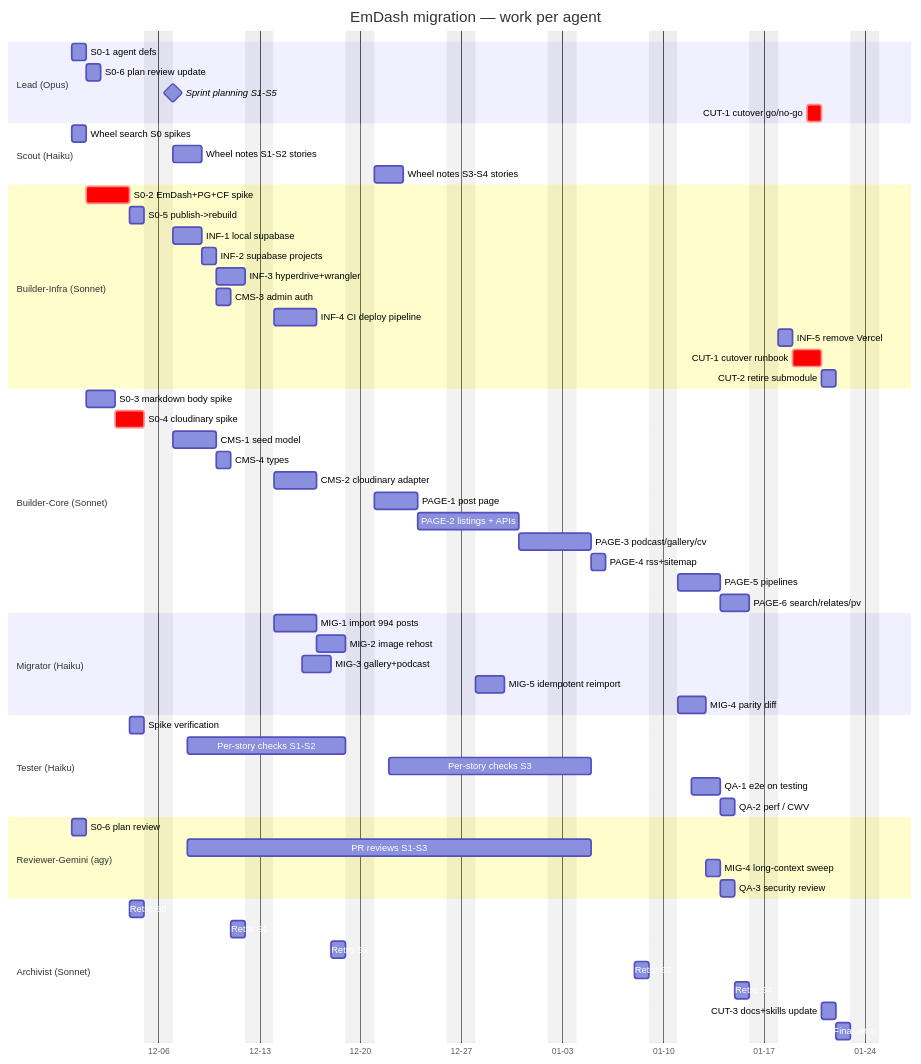
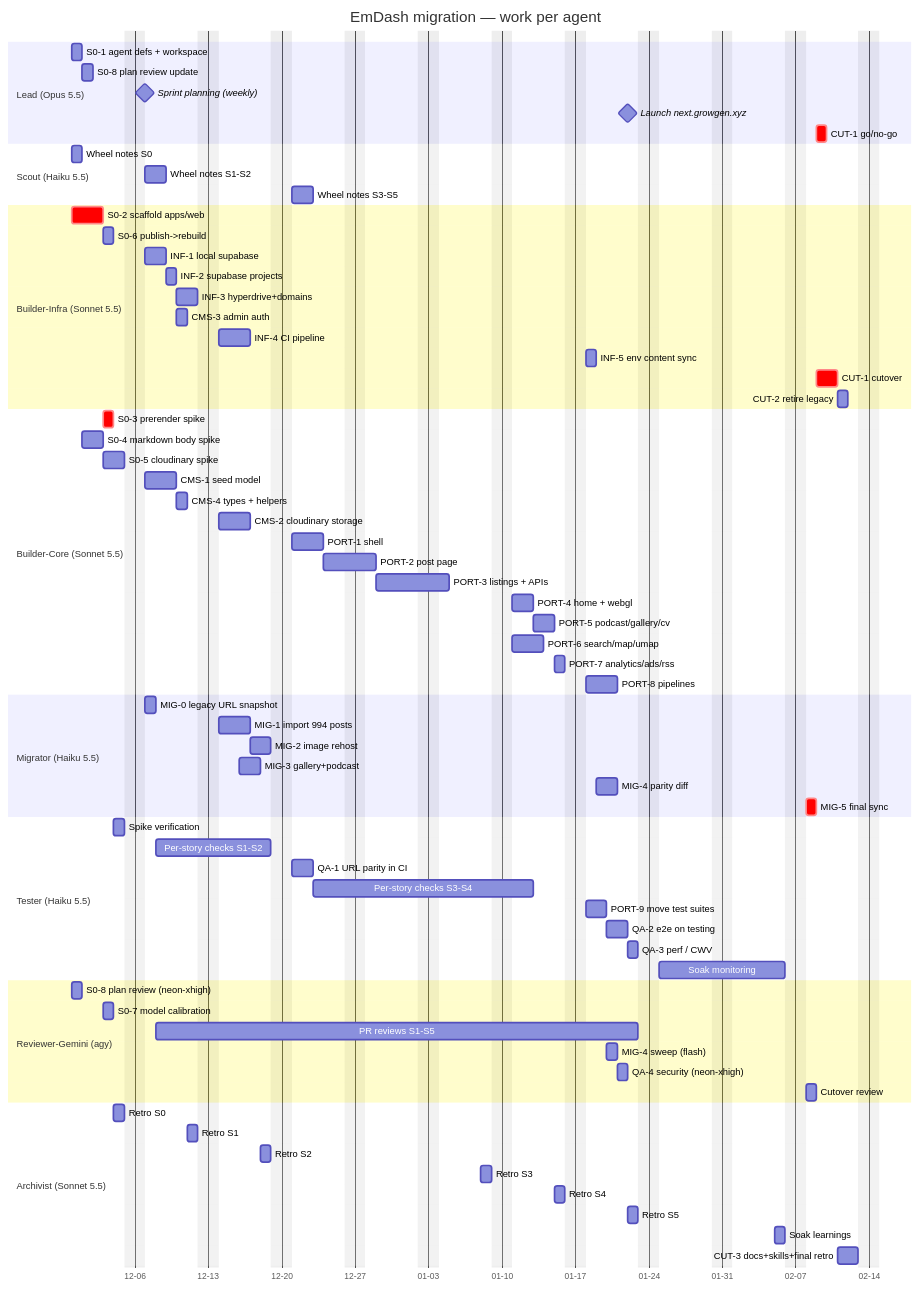
Before and after one commit to gongbaodd/blog.gongbushang.com: the second of 2 diagrams in docs/plan/emdash-migration-plan.md, drawn with Mermaid. The commit also changed other lines of this file, not shown here.

Commit message:
plan fix

````diff
--- a/docs/plan/emdash-migration-plan.md
+++ b/docs/plan/emdash-migration-plan.md
@@ -225,68 +259,79 @@
   excludes weekends
   axisFormat %m-%d
 
-  section Lead (Opus)
-  S0-1 agent defs           :lead1, 2026-11-30, 1d
-  S0-6 plan review update   :lead2, after agy1, 1d
-  Sprint planning S1-S5     :milestone, lead3, 2026-12-07, 0d
-  CUT-1 cutover go/no-go    :crit, lead4, 2027-01-20, 1d
+  section Lead (Opus 5.5)
+  S0-1 agent defs + workspace :lead1, 2026-11-30, 1d
+  S0-8 plan review update     :lead2, after agy1, 1d
+  Sprint planning (weekly)    :milestone, lead3, 2026-12-07, 0d
+  Launch next.growgen.xyz     :milestone, lead4, 2027-01-22, 0d
+  CUT-1 go/no-go              :crit, lead5, 2027-02-09, 1d
 
-  section Scout (Haiku)
-  Wheel search S0 spikes    :sc1, 2026-11-30, 1d
-  Wheel notes S1-S2 stories :sc2, 2026-12-07, 2d
-  Wheel notes S3-S4 stories :sc3, 2026-12-21, 2d
+  section Scout (Haiku 5.5)
+  Wheel notes S0              :sc1, 2026-11-30, 1d
+  Wheel notes S1-S2           :sc2, 2026-12-07, 2d
+  Wheel notes S3-S5           :sc3, 2026-12-21, 2d
 
-  section Builder-Infra (Sonnet)
-  S0-2 EmDash+PG+CF spike   :crit, bi1, 2026-12-01, 3d
-  S0-5 publish->rebuild     :bi2, after bi1, 1d
-  INF-1 local supabase      :bi3, 2026-12-07, 2d
-  INF-2 supabase projects   :bi4, after bi3, 1d
-  INF-3 hyperdrive+wrangler :bi5, after bi4, 2d
-  CMS-3 admin auth          :bi6, 2026-12-10, 1d
-  INF-4 CI deploy pipeline  :bi7, 2026-12-14, 3d
-  INF-5 remove Vercel       :bi8, 2027-01-18, 1d
-  CUT-1 cutover runbook     :crit, bi9, 2027-01-19, 2d
-  CUT-2 retire submodule    :bi10, after bi9, 1d
+  section Builder-Infra (Sonnet 5.5)
+  S0-2 scaffold apps/web      :crit, bi1, 2026-11-30, 3d
+  S0-6 publish->rebuild       :bi2, after bi1, 1d
+  INF-1 local supabase        :bi3, 2026-12-07, 2d
+  INF-2 supabase projects     :bi4, after bi3, 1d
+  INF-3 hyperdrive+domains    :bi5, after bi4, 2d
+  CMS-3 admin auth            :bi6, 2026-12-10, 1d
+  INF-4 CI pipeline           :bi7, 2026-12-14, 3d
+  INF-5 env content sync      :bi8, 2027-01-18, 1d
+  CUT-1 cutover               :crit, bi9, 2027-02-09, 2d
+  CUT-2 retire legacy         :bi10, after bi9, 1d
 
-  section Builder-Core (Sonnet)
-  S0-3 markdown body spike  :bc1, 2026-12-01, 2d
-  S0-4 cloudinary spike     :crit, bc2, after bc1, 2d
-  CMS-1 seed model          :bc3, 2026-12-07, 3d
-  CMS-4 types               :bc4, after bc3, 1d
-  CMS-2 cloudinary adapter  :bc5, 2026-12-14, 3d
-  PAGE-1 post page          :bc6, 2026-12-21, 3d
-  PAGE-2 listings + APIs    :bc7, after bc6, 5d
-  PAGE-3 podcast/gallery/cv :bc8, after bc7, 3d
-  PAGE-4 rss+sitemap        :bc9, after bc8, 1d
-  PAGE-5 pipelines          :bc10, 2027-01-11, 3d
-  PAGE-6 search/relates/pv  :bc11, after bc10, 2d
+  section Builder-Core (Sonnet 5.5)
+  S0-3 prerender spike        :crit, bc1, after bi1, 1d
+  S0-4 markdown body spike    :bc2, 2026-12-01, 2d
+  S0-5 cloudinary spike       :bc3, after bc2, 2d
+  CMS-1 seed model            :bc4, 2026-12-07, 3d
+  CMS-4 types + helpers       :bc5, after bc4, 1d
+  CMS-2 cloudinary storage    :bc6, 2026-12-14, 3d
+  PORT-1 shell                :bc7, 2026-12-21, 3d
+  PORT-2 post page            :bc8, after bc7, 3d
+  PORT-3 listings + APIs      :bc9, after bc8, 5d
+  PORT-4 home + webgl         :bc10, 2027-01-11, 2d
+  PORT-5 podcast/gallery/cv   :bc11, after bc10, 2d
+  PORT-6 search/map/umap      :bc12, 2027-01-11, 3d
+  PORT-7 analytics/ads/rss    :bc13, after bc11, 1d
+  PORT-8 pipelines            :bc14, 2027-01-18, 3d
 
-  section Migrator (Haiku)
-  MIG-1 import 994 posts    :mg1, 2026-12-14, 3d
-  MIG-2 image rehost        :mg2, after mg1, 2d
-  MIG-3 gallery+podcast     :mg3, 2026-12-16, 2d
-  MIG-5 idempotent reimport :mg4, 2026-12-28, 2d
-  MIG-4 parity diff         :mg5, 2027-01-11, 2d
+  section Migrator (Haiku 5.5)
+  MIG-0 legacy URL snapshot   :mg0, 2026-12-07, 1d
+  MIG-1 import 994 posts      :mg1, 2026-12-14, 3d
+  MIG-2 image rehost          :mg2, after mg1, 2d
+  MIG-3 gallery+podcast       :mg3, 2026-12-16, 2d
+  MIG-4 parity diff           :mg4, 2027-01-19, 2d
+  MIG-5 final sync            :crit, mg5, 2027-02-08, 1d
 
-  section Tester (Haiku)
-  Spike verification        :t1, 2026-12-04, 1d
-  Per-story checks S1-S2    :t2, 2026-12-08, 9d
-  Per-story checks S3       :t3, 2026-12-22, 10d
-  QA-1 e2e on testing       :t4, 2027-01-12, 2d
-  QA-2 perf / CWV           :t5, after t4, 1d
+  section Tester (Haiku 5.5)
+  Spike verification          :t1, 2026-12-04, 1d
+  Per-story checks S1-S2      :t2, 2026-12-08, 9d
+  QA-1 URL parity in CI       :t3, 2026-12-21, 2d
+  Per-story checks S3-S4      :t4, 2026-12-23, 15d
+  PORT-9 move test suites     :t5, 2027-01-18, 2d
+  QA-2 e2e on testing         :t6, after t5, 2d
+  QA-3 perf / CWV             :t7, 2027-01-22, 1d
+  Soak monitoring             :t8, 2027-01-25, 10d
 
   section Reviewer-Gemini (agy)
-  S0-6 plan review          :agy1, 2026-11-30, 1d
-  PR reviews S1-S3          :agy2, 2026-12-08, 20d
-  MIG-4 long-context sweep  :agy3, 2027-01-13, 1d
-  QA-3 security review      :agy4, 2027-01-14, 1d
+  S0-8 plan review (neon-xhigh) :agy1, 2026-11-30, 1d
+  S0-7 model calibration      :agy2, 2026-12-03, 1d
+  PR reviews S1-S5            :agy3, 2026-12-08, 34d
+  MIG-4 sweep (flash)         :agy4, 2027-01-20, 1d
+  QA-4 security (neon-xhigh)  :agy5, 2027-01-21, 1d
+  Cutover review              :agy6, 2027-02-08, 1d
 
-  section Archivist (Sonnet)
-  Retro S0                  :ar0, 2026-12-04, 1d
-  Retro S1                  :ar1, 2026-12-11, 1d
-  Retro S2                  :ar2, 2026-12-18, 1d
-  Retro S3                  :ar3, 2027-01-08, 1d
-  Retro S4                  :ar4, 2027-01-15, 1d
-  CUT-3 docs+skills update  :ar5, 2027-01-21, 1d
-  Final retro               :ar6, 2027-01-22, 1d
+  section Archivist (Sonnet 5.5)
+  Retro S0                    :ar0, 2026-12-04, 1d
+  Retro S1                    :ar1, 2026-12-11, 1d
+  Retro S2                    :ar2, 2026-12-18, 1d
+  Retro S3                    :ar3, 2027-01-08, 1d
+  Retro S4                    :ar4, 2027-01-15, 1d
+  Retro S5                    :ar5, 2027-01-22, 1d
+  Soak learnings              :ar6, 2027-02-05, 1d
+  CUT-3 docs+skills+final retro :ar7, 2027-02-11, 2d
 ```
````
